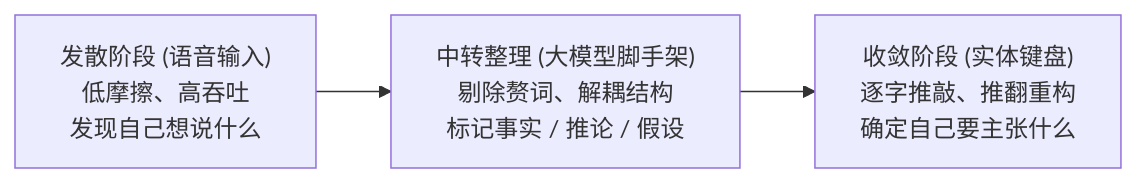
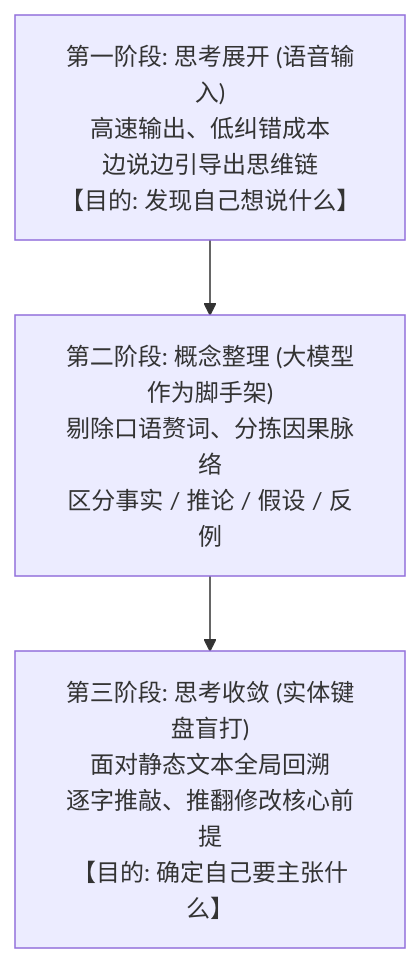
The third of 3 diagrams in src/content/blog/cognitive-throughput-voice-typing-llm-scaffolding.md (unendev/unendev.github.io), drawn with Mermaid before and after one commit. The commit also changed other lines of this file and 1 other file, not shown here.

````diff
--- a/src/content/blog/cognitive-throughput-voice-typing-llm-scaffolding.md
+++ b/src/content/blog/cognitive-throughput-voice-typing-llm-scaffolding.md
@@ -181,5 +149,5 @@
 ```mermaid
-flowchart LR
-    A["发散阶段 (语音输入)<br>低摩擦、高吞吐<br>发现自己想说什么"] --> B["中转整理 (大模型脚手架)<br>剔除赘词、解耦结构<br>标记事实 / 推论 / 假设"]
-    B --> C["收敛阶段 (实体键盘)<br>逐字推敲、推翻重构<br>确定自己要主张什么"]
+flowchart TD
+    A["第一阶段: 思考展开 (语音输入)<br>高速输出、低纠错成本<br>边说边引导出思维链<br>【目的: 发现自己想说什么】"] --> B["第二阶段: 概念整理 (大模型作为脚手架)<br>剔除口语赘词、分拣因果脉络<br>区分事实 / 推论 / 假设 / 反例"]
+    B --> C["第三阶段: 思考收敛 (实体键盘盲打)<br>面对静态文本全局回溯<br>逐字推敲、推翻修改核心前提<br>【目的: 确定自己要主张什么】"]
 ```
````
